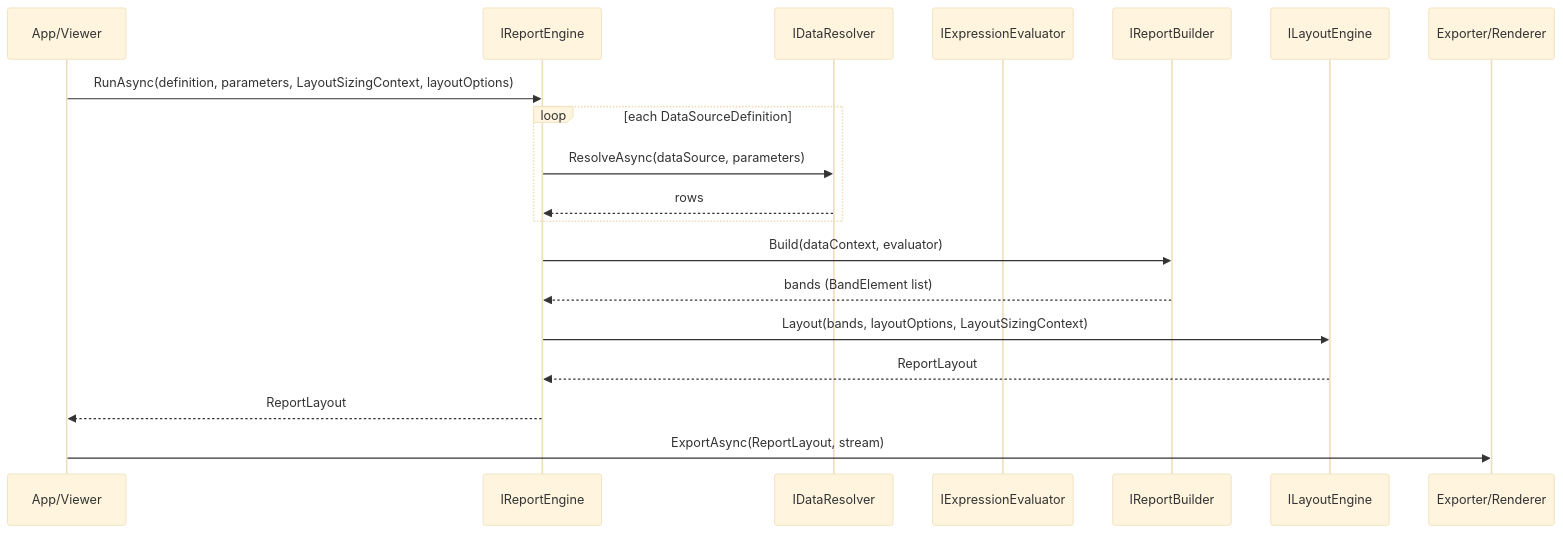
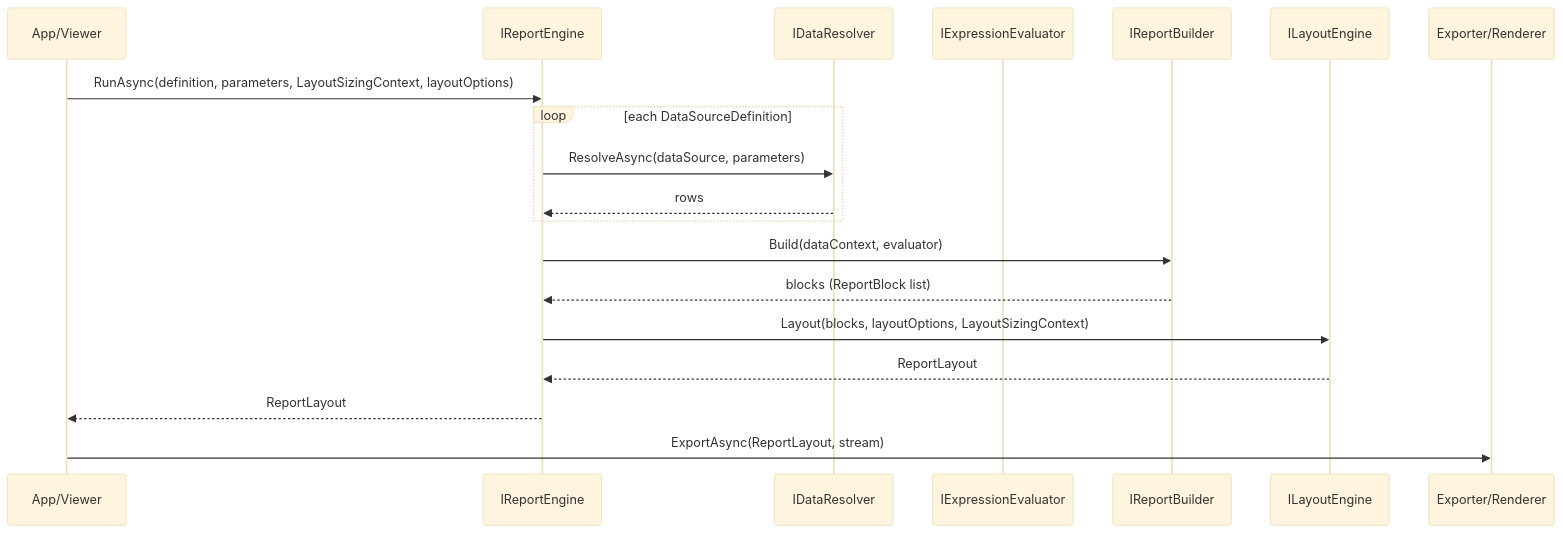
The diagram in docs/02-report-generation-flow.md (Netcodr81/kinetic-reports), drawn with Mermaid (base theme) before and after one commit. The commit also changed other lines of this file and 49 other files, not shown here.

````diff
--- a/docs/02-report-generation-flow.md
+++ b/docs/02-report-generation-flow.md
@@ -7,22 +7,22 @@
 ```mermaid
 sequenceDiagram
 	participant Caller as App/Viewer
 	participant Engine as IReportEngine
 	participant Resolver as IDataResolver
 	participant Eval as IExpressionEvaluator
 	participant Builder as IReportBuilder
 	participant Layout as ILayoutEngine
 	participant Export as Exporter/Renderer
 
 	Caller->>Engine: RunAsync(definition, parameters, LayoutSizingContext, layoutOptions)
 	loop each DataSourceDefinition
 		Engine->>Resolver: ResolveAsync(dataSource, parameters)
 		Resolver-->>Engine: rows
 	end
 	Engine->>Builder: Build(dataContext, evaluator)
-	Builder-->>Engine: bands (BandElement list)
-	Engine->>Layout: Layout(bands, layoutOptions, LayoutSizingContext)
+	Builder-->>Engine: blocks (ReportBlock list)
+	Engine->>Layout: Layout(blocks, layoutOptions, LayoutSizingContext)
 	Layout-->>Engine: ReportLayout
 	Engine-->>Caller: ReportLayout
 	Caller->>Export: ExportAsync(ReportLayout, stream)
 ```
````
